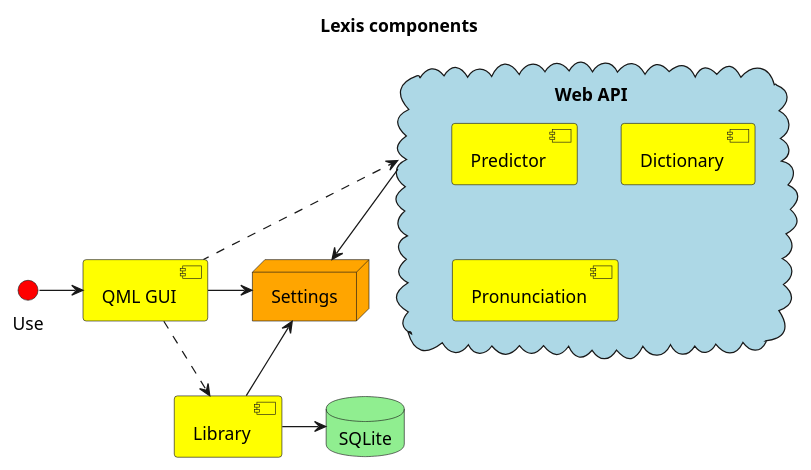
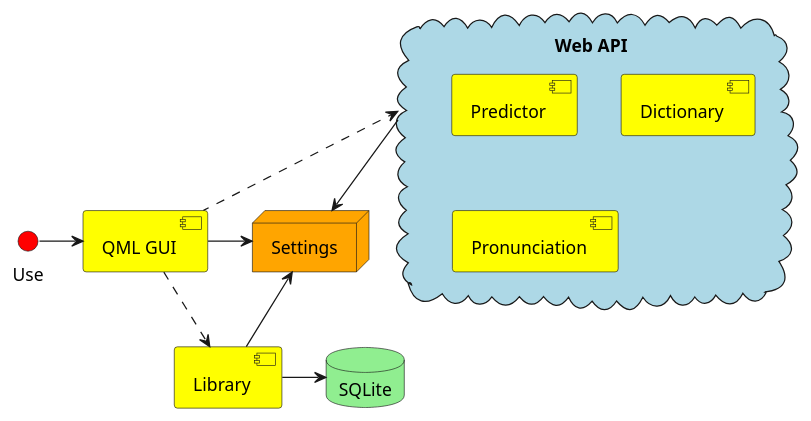
The diagram in docs/uml/component.puml (eliaseamus/lexis), drawn with PlantUML before and after one commit. The commit also changed 13 other files, not shown here.

Commit message:
removed titles from uml diagrams

```diff
--- a/docs/uml/component.puml
+++ b/docs/uml/component.puml
@@ -1,48 +1,46 @@
 @startuml
-
-title Lexis components
 
 skinparam component {
   backgroundColor Yellow
 }
 
 skinparam cloud {
   backgroundColor Lightblue
 }
 
 skinparam database {
   backgroundColor Lightgreen
 }
 
 skinparam interface {
   backgroundColor Red
 }
 
 skinparam node {
   backgroundColor Orange
 }
 
 () Use as use
 [QML GUI] as gui
 
 [Library] as lib
 database SQLite as db
 
 node Settings as settings
 
 cloud "Web API" as web {
   [Predictor]
   [Dictionary]
   [Pronunciation]
 }
 
 use -> gui
 gui ..> lib
 lib -> db
 
 gui -> settings
 web <.. gui
 settings <- lib
 settings <- web
 
 @enduml
```
